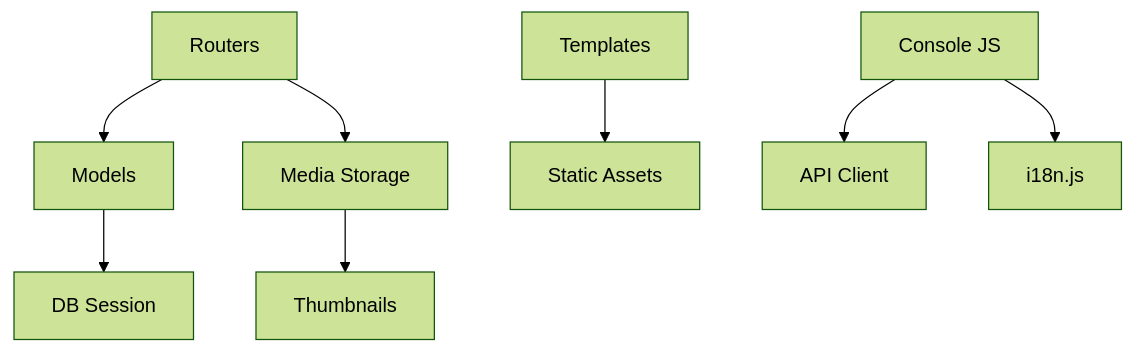
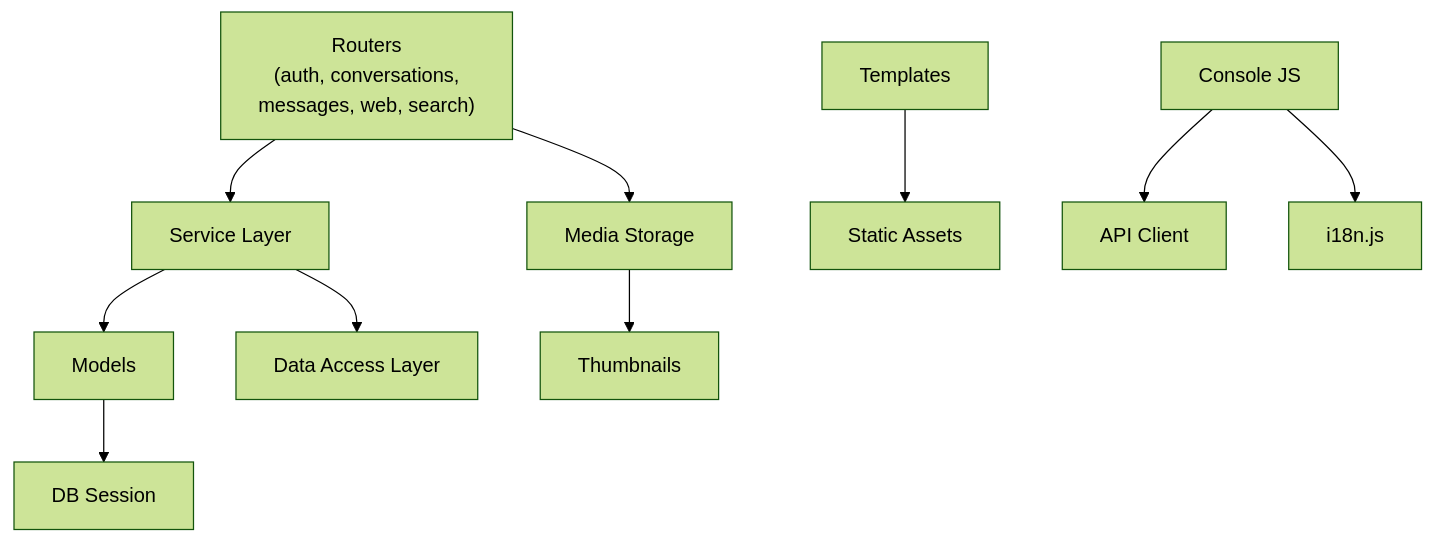
One commit to zuohaisu/wecom-archive changed diagram 16 of 16 in .qoder/repowiki/en/content/Architecture/Web Application Architecture/Web Application Architecture.md. Above: the diagram before and after it, drawn with Mermaid (forest theme). The commit also changed other lines of this file and 148 other files, not shown here.

````diff
--- a/.qoder/repowiki/en/content/Architecture/Web Application Architecture/Web Application Architecture.md
+++ b/.qoder/repowiki/en/content/Architecture/Web Application Architecture/Web Application Architecture.md
@@ -521,10 +601,12 @@
 ```mermaid
 graph TB
-Routers["Routers"] --> Models["Models"]
+Routers["Routers<br/>(auth, conversations,<br/>messages, web, search)"] --> Services["Service Layer"]
+Services --> Models["Models"]
 Routers --> Storage["Media Storage"]
 Templates["Templates"] --> Static["Static Assets"]
 ConsoleJS["Console JS"] --> API["API Client"]
 ConsoleJS --> I18N["i18n.js"]
 Models --> Session["DB Session"]
 Storage --> Thumbnails["Thumbnails"]
+Services --> DataAccess["Data Access Layer"]
 ```
````
